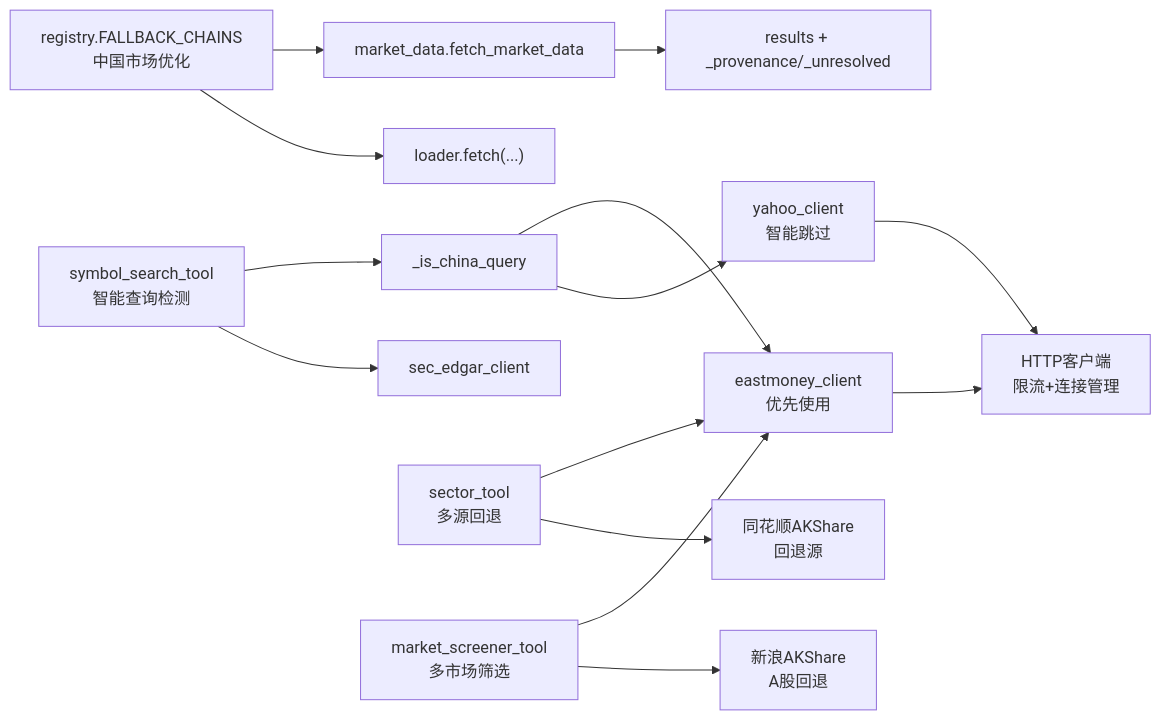
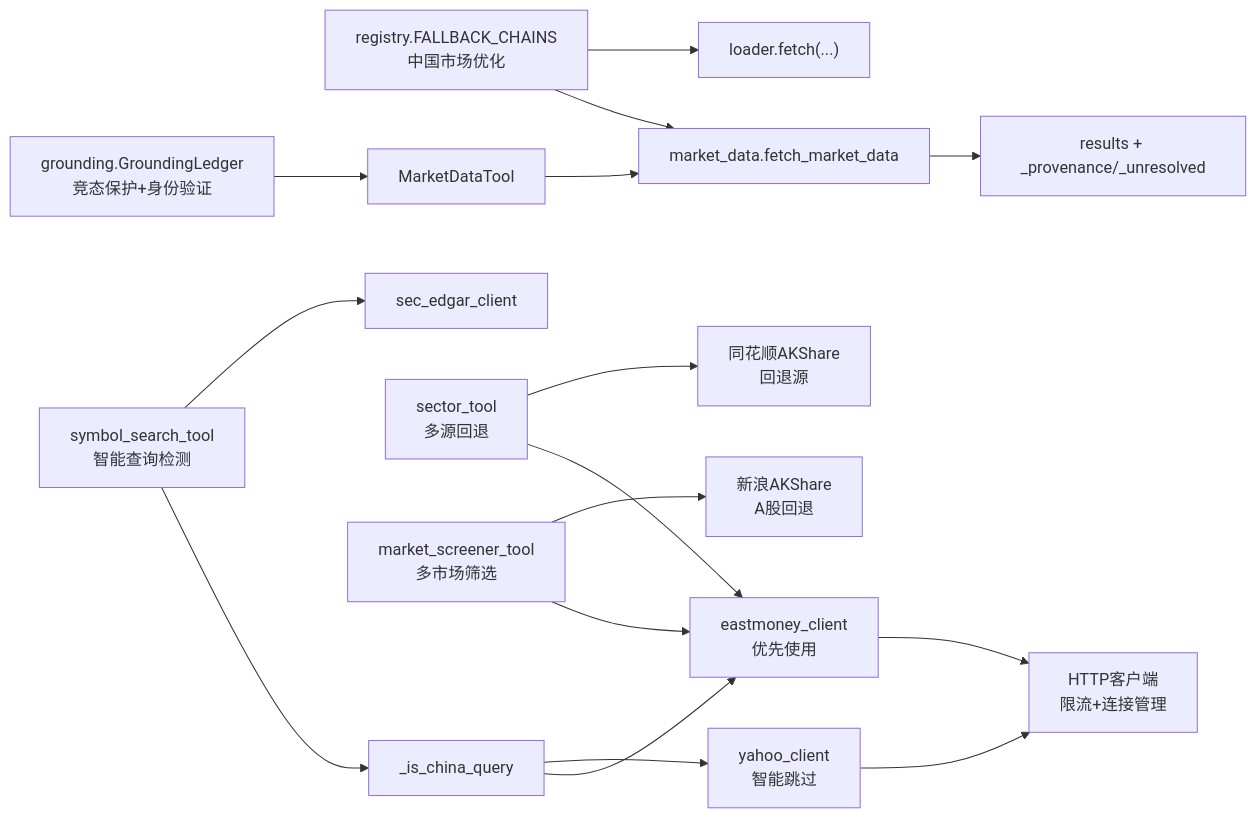
The ninth of 9 diagrams in .qoder/repowiki/zh/content/AI代理系统/工具系统/内置工具库/市场数据工具.md (20012002er/Vibe-Trading), drawn with Mermaid before and after one commit. The commit also changed other lines of this file and 6 other files, not shown here.

````diff
--- a/.qoder/repowiki/zh/content/AI代理系统/工具系统/内置工具库/市场数据工具.md
+++ b/.qoder/repowiki/zh/content/AI代理系统/工具系统/内置工具库/市场数据工具.md
@@ -417,16 +497,18 @@
 ```mermaid
 graph LR
 REG["registry.FALLBACK_CHAINS<br/>中国市场优化"] --> MD["market_data.fetch_market_data"]
 REG --> LDR["loader.fetch(...)"]
 MD --> RES["results + _provenance/_unresolved"]
 SST["symbol_search_tool<br/>智能查询检测"] --> CQ["_is_china_query"]
 CQ --> EM["eastmoney_client<br/>优先使用"]
 CQ --> YH["yahoo_client<br/>智能跳过"]
 SST --> SEC["sec_edgar_client"]
 STT["sector_tool<br/>多源回退"] --> EM
 STT --> AK["同花顺AKShare<br/>回退源"]
 MSM["market_screener_tool<br/>多市场筛选"] --> EM
 MSM --> SA["新浪AKShare<br/>A股回退"]
+GL["grounding.GroundingLedger<br/>竞态保护+身份验证"] --> MDT["MarketDataTool"]
+MDT --> MD
 EM --> HTTP["HTTP客户端<br/>限流+连接管理"]
 YH --> HTTP
 ```
````
